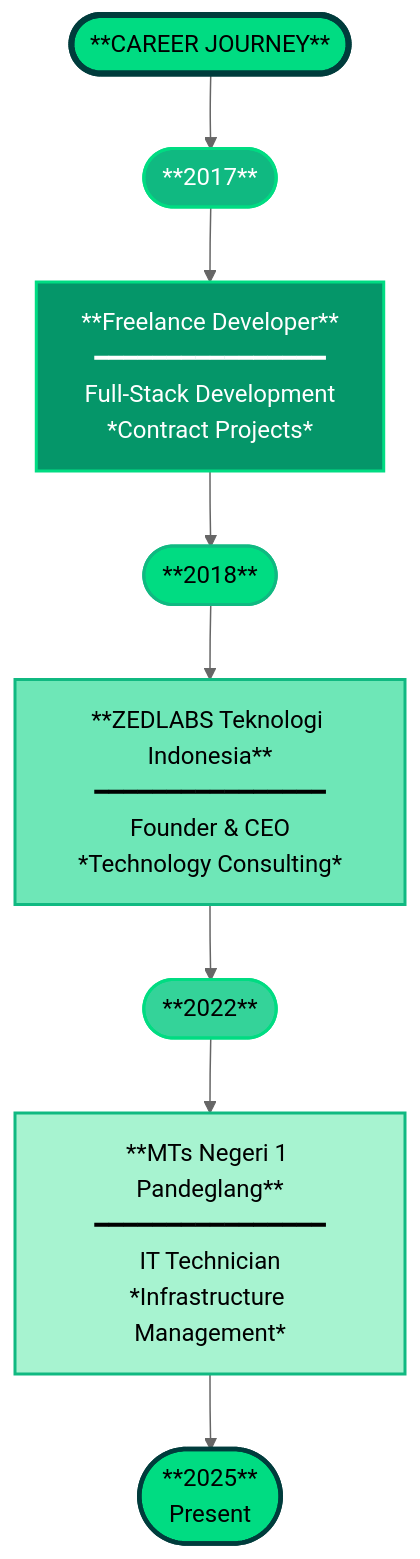
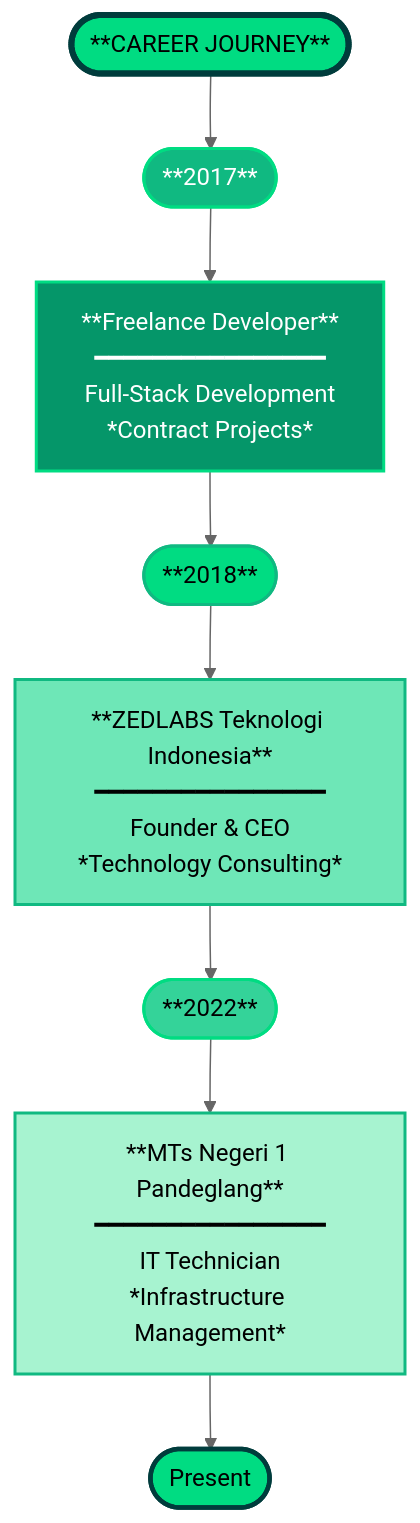
Before and after one commit to zulfikriyahya/zulfikriyahya: the second of 2 diagrams in README.mdx, drawn with Mermaid (neutral theme). The commit also changed other lines of this file, not shown here.

Commit message:
Change last updated date to February 2026
Updated the last updated date in the README.

````diff
--- a/README.mdx
+++ b/README.mdx
@@ -118,32 +118,32 @@
 ```mermaid
 graph TB
     TITLE(["**CAREER JOURNEY**"])
 
     Y2017(["**2017**"])
     F["**Freelance Developer**<br/>━━━━━━━━━━━━━━━━<br/>Full-Stack Development<br/>*Contract Projects*"]
 
     Y2018(["**2018**"])
     Z["**ZEDLABS Teknologi Indonesia**<br/>━━━━━━━━━━━━━━━━<br/>Founder & CEO<br/>*Technology Consulting*"]
 
     Y2022(["**2022**"])
     M["**MTs Negeri 1 Pandeglang**<br/>━━━━━━━━━━━━━━━━<br/>IT Technician<br/>*Infrastructure Management*"]
 
-    NOW(["**2025**<br/>Present"])
+    NOW(["Present"])
 
     TITLE --> Y2017
     Y2017 --> F
     F --> Y2018
     Y2018 --> Z
     Z --> Y2022
     Y2022 --> M
     M --> NOW
 
     style TITLE fill:#00DC82,stroke:#003C3C,stroke-width:4px,color:#000
     style Y2017 fill:#10B981,stroke:#00DC82,stroke-width:2px,color:#fff
     style Y2018 fill:#00DC82,stroke:#10B981,stroke-width:2px,color:#000
     style Y2022 fill:#34D399,stroke:#00DC82,stroke-width:2px,color:#000
     style NOW fill:#00DC82,stroke:#003C3C,stroke-width:3px,color:#000
     style F fill:#059669,stroke:#00DC82,stroke-width:2px,color:#fff
     style Z fill:#6EE7B7,stroke:#10B981,stroke-width:2px,color:#000
     style M fill:#A7F3D0,stroke:#10B981,stroke-width:2px,color:#000
 ```
````
